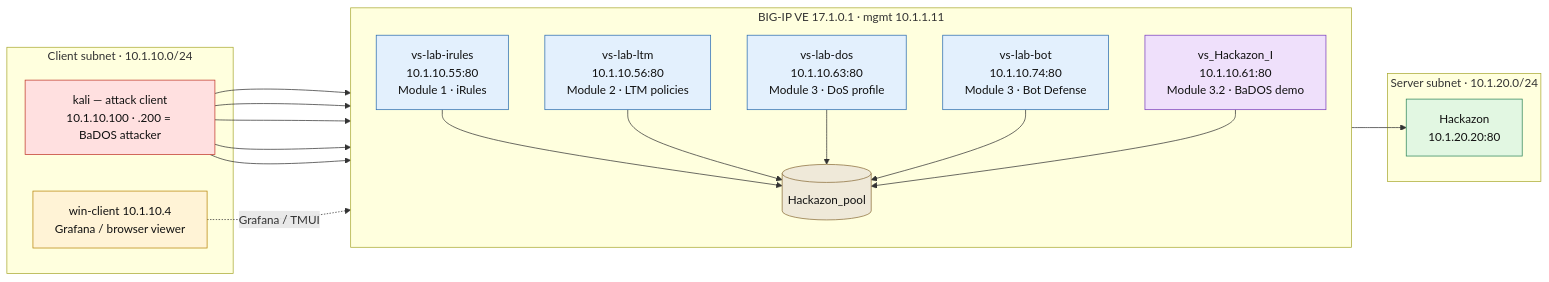
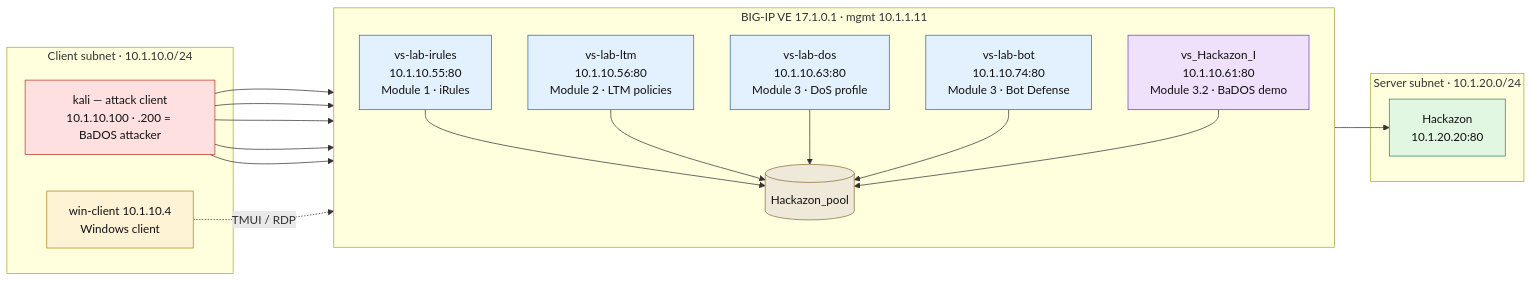
One commit to snowblind-/BIG-IP-L7DoS-Lab changed the diagram in README.md. Above: the diagram before and after it, drawn with Mermaid. The commit also changed 4 other files, not shown here.

First line of the commit message:
Remove Grafana; use native BIG-IP DoS dashboards; fix dashboard note + diagrams

````diff
--- a/README.md
+++ b/README.md
@@ -17,33 +17,33 @@
 ```mermaid
 flowchart LR
     subgraph cl["Client subnet · 10.1.10.0/24"]
         kali["kali — attack client<br/>10.1.10.100 · .200 = BaDOS attacker"]:::attacker
-        win["win-client 10.1.10.4<br/>Grafana / browser viewer"]:::client
+        win["win-client 10.1.10.4<br/>Windows client"]:::client
     end
 
     subgraph bigip["BIG-IP VE 17.1.0.1 · mgmt 10.1.1.11"]
         direction TB
         v1["vs-lab-irules<br/>10.1.10.55:80<br/>Module 1 · iRules"]:::vip
         v2["vs-lab-ltm<br/>10.1.10.56:80<br/>Module 2 · LTM policies"]:::vip
         v3["vs-lab-dos<br/>10.1.10.63:80<br/>Module 3 · DoS profile"]:::vip
         v4["vs-lab-bot<br/>10.1.10.74:80<br/>Module 3 · Bot Defense"]:::vip
         v5["vs_Hackazon_I<br/>10.1.10.61:80<br/>Module 3.2 · BaDOS demo"]:::demo
         pool[("Hackazon_pool")]:::pool
     end
 
     subgraph sv["Server subnet · 10.1.20.0/24"]
         hack["Hackazon<br/>10.1.20.20:80"]:::backend
     end
 
     kali --> v1 & v2 & v3 & v4 & v5
     v1 & v2 & v3 & v4 & v5 --> pool
     pool --> hack
-    win -. "Grafana / TMUI" .-> bigip
+    win -. "TMUI / RDP" .-> bigip
 
     classDef attacker fill:#ffe0e0,stroke:#c0392b,color:#111
     classDef client fill:#fff3d6,stroke:#b8860b,color:#111
     classDef vip fill:#e3f0fd,stroke:#2b6cb0,color:#111
     classDef demo fill:#efe0fb,stroke:#7b3fbf,color:#111
     classDef pool fill:#efe9d9,stroke:#8a6d3b,color:#111
     classDef backend fill:#e2f7e2,stroke:#2f855a,color:#111
 ```
````
